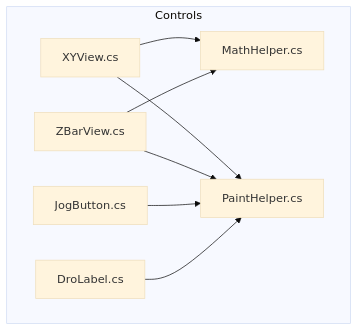
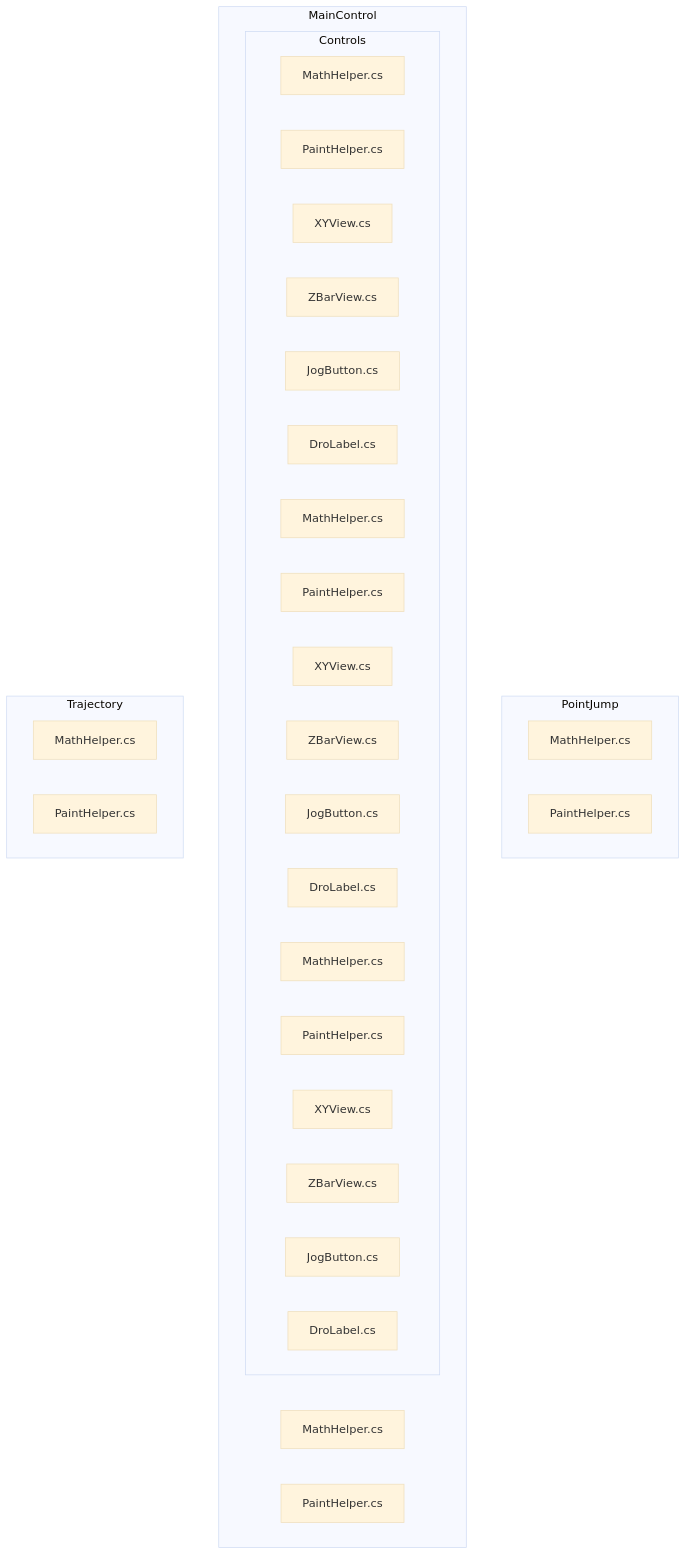
The first of 3 diagrams in .qoder/repowiki/zh/content/UI控件库/工具辅助类.md (fuweiq94-cloud/339918076), drawn with Mermaid (base theme) before and after one commit. The commit also changed other lines of this file and 84 other files, not shown here.

````diff
--- a/.qoder/repowiki/zh/content/UI控件库/工具辅助类.md
+++ b/.qoder/repowiki/zh/content/UI控件库/工具辅助类.md
@@ -34,17 +49,39 @@
 ```mermaid
 graph TB
+subgraph "MainControl"
+MH1["MathHelper.cs"]
+PH1["PaintHelper.cs"]
 subgraph "Controls"
-MH["MathHelper.cs"]
-PH["PaintHelper.cs"]
-XY["XYView.cs"]
-ZB["ZBarView.cs"]
-JB["JogButton.cs"]
-DL["DroLabel.cs"]
+MH2["MathHelper.cs"]
+PH2["PaintHelper.cs"]
+XY1["XYView.cs"]
+ZB1["ZBarView.cs"]
+JB1["JogButton.cs"]
+DL1["DroLabel.cs"]
 end
-XY --> MH
-XY --> PH
-ZB --> MH
-ZB --> PH
-JB --> PH
-DL --> PH
+end
+subgraph "PointJump"
+MH3["MathHelper.cs"]
+PH3["PaintHelper.cs"]
+subgraph "Controls"
+MH4["MathHelper.cs"]
+PH4["PaintHelper.cs"]
+XY2["XYView.cs"]
+ZB2["ZBarView.cs"]
+JB2["JogButton.cs"]
+DL2["DroLabel.cs"]
+end
+end
+subgraph "Trajectory"
+MH5["MathHelper.cs"]
+PH5["PaintHelper.cs"]
+subgraph "Controls"
+MH6["MathHelper.cs"]
+PH6["PaintHelper.cs"]
+XY3["XYView.cs"]
+ZB3["ZBarView.cs"]
+JB3["JogButton.cs"]
+DL3["DroLabel.cs"]
+end
+end
 ```
````
